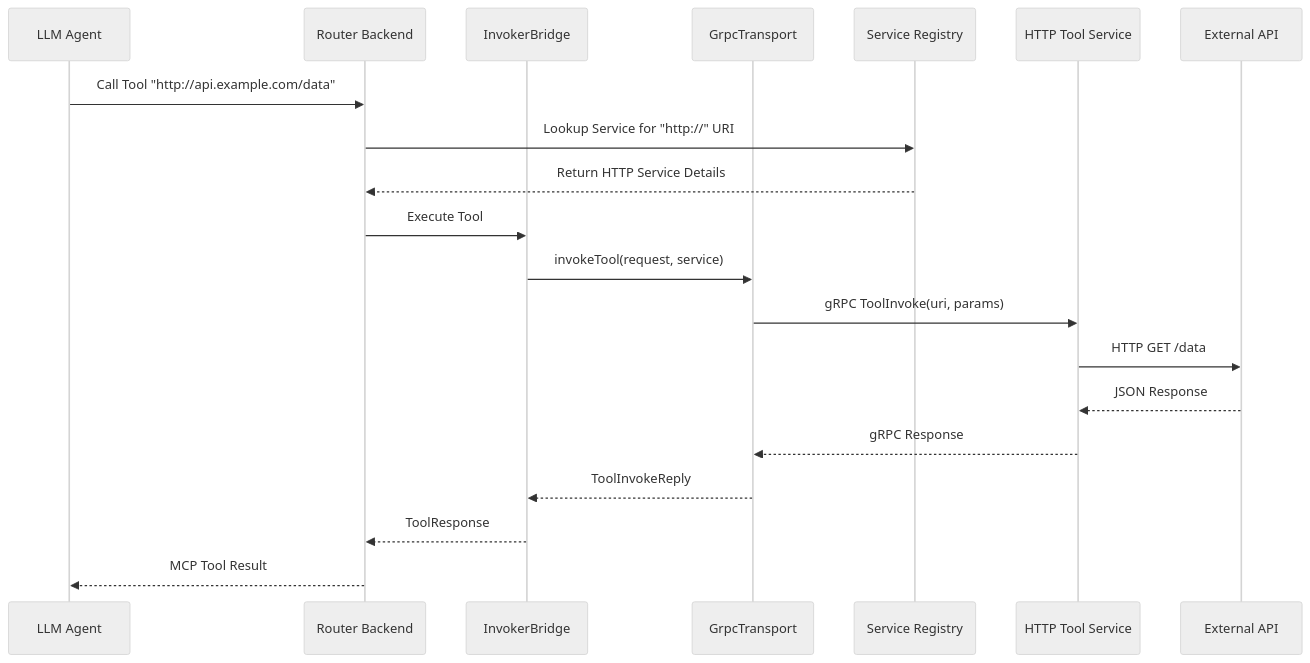
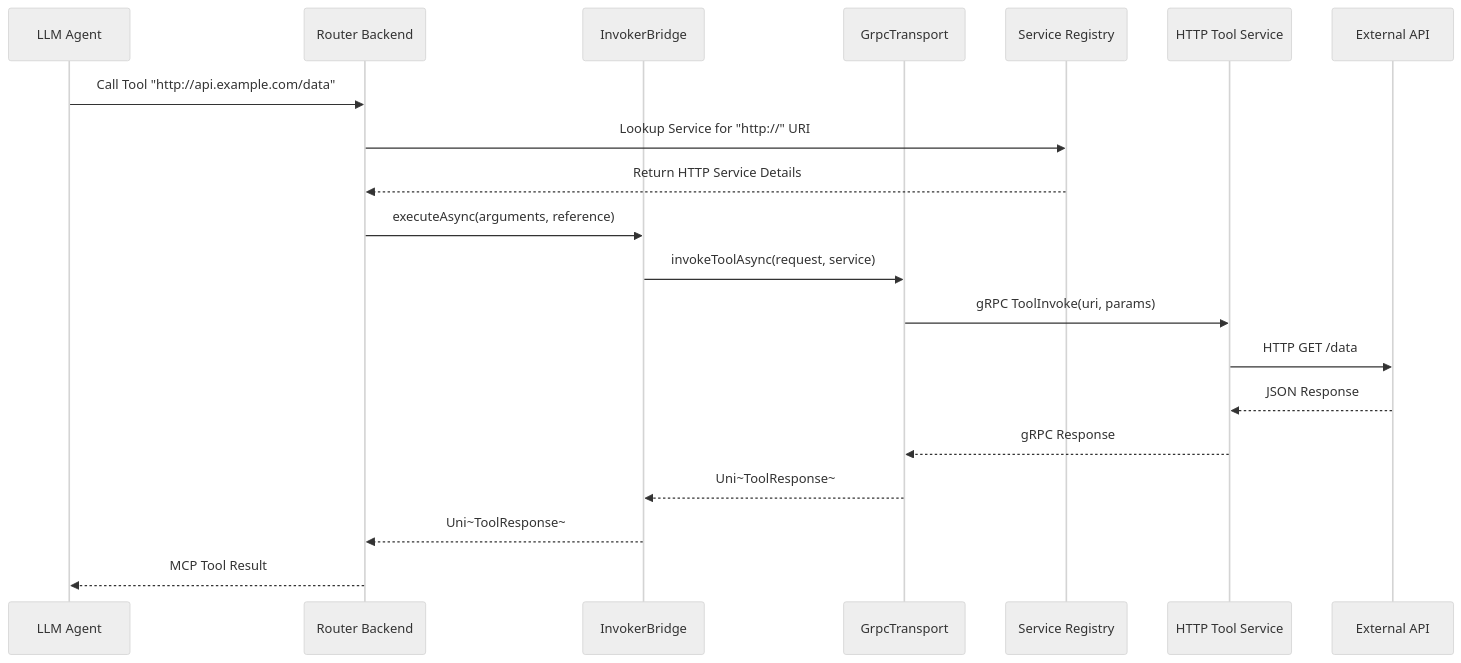
The third of 11 diagrams in docs/architecture.md (wanaku-ai/wanaku), drawn with Mermaid (neutral theme) before and after one commit. The commit also changed other lines of this file and 5 other files, not shown here.

First line of the commit message:
Update documentation to reflect async-first bridge architecture

````diff
--- a/docs/architecture.md
+++ b/docs/architecture.md
@@ -187,23 +187,23 @@
 ```mermaid
 sequenceDiagram
     participant LLM as LLM Agent
     participant Router as Router Backend
     participant Bridge as InvokerBridge
     participant Transport as GrpcTransport
     participant Registry as Service Registry
     participant ToolSvc as HTTP Tool Service
     participant API as External API
 
     LLM->>Router: Call Tool "http://api.example.com/data"
     Router->>Registry: Lookup Service for "http://" URI
     Registry-->>Router: Return HTTP Service Details
-    Router->>Bridge: Execute Tool
-    Bridge->>Transport: invokeTool(request, service)
+    Router->>Bridge: executeAsync(arguments, reference)
+    Bridge->>Transport: invokeToolAsync(request, service)
     Transport->>ToolSvc: gRPC ToolInvoke(uri, params)
     ToolSvc->>API: HTTP GET /data
     API-->>ToolSvc: JSON Response
     ToolSvc-->>Transport: gRPC Response
-    Transport-->>Bridge: ToolInvokeReply
-    Bridge-->>Router: ToolResponse
+    Transport-->>Bridge: Uni~ToolResponse~
+    Bridge-->>Router: Uni~ToolResponse~
     Router-->>LLM: MCP Tool Result
 ```
````
